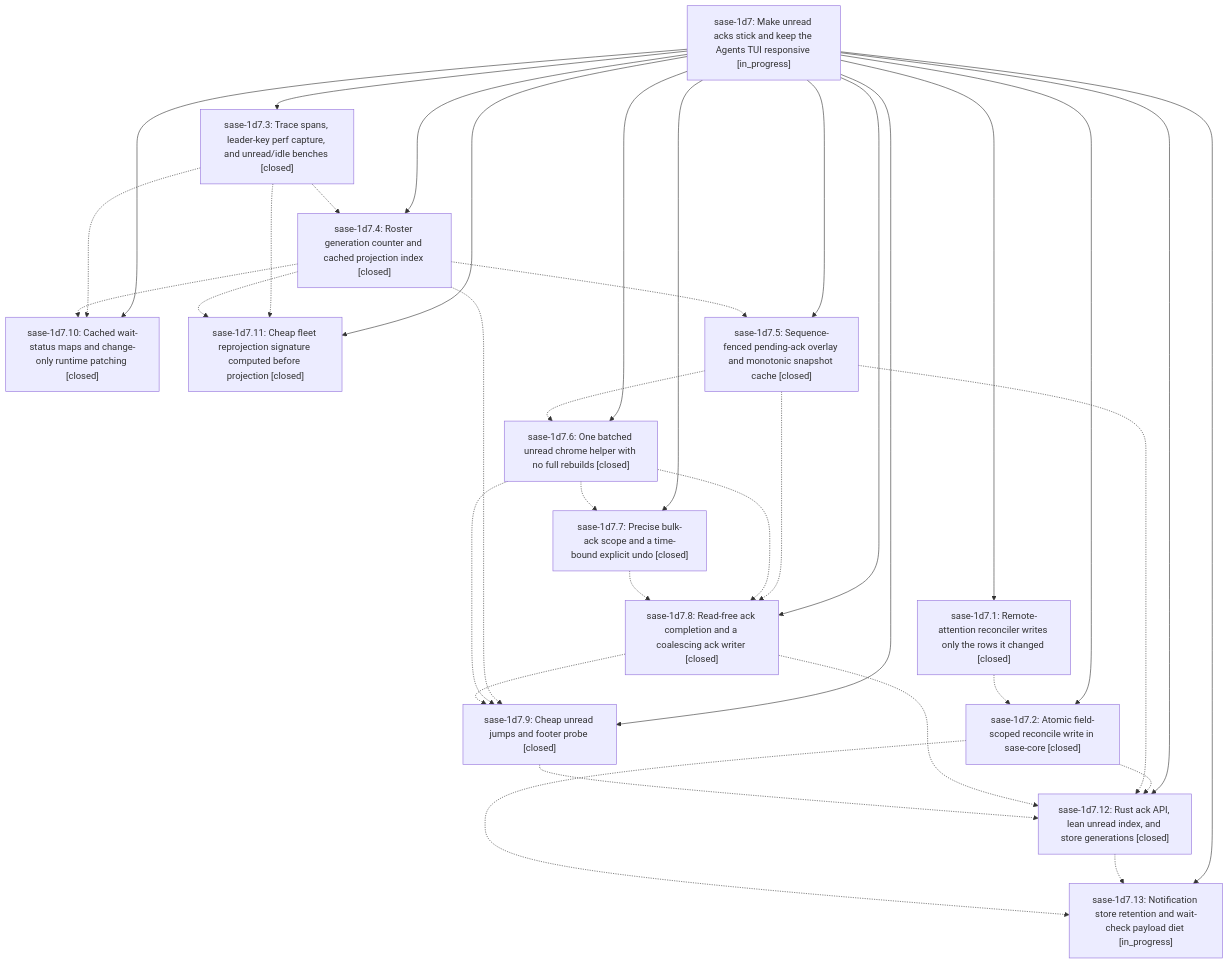
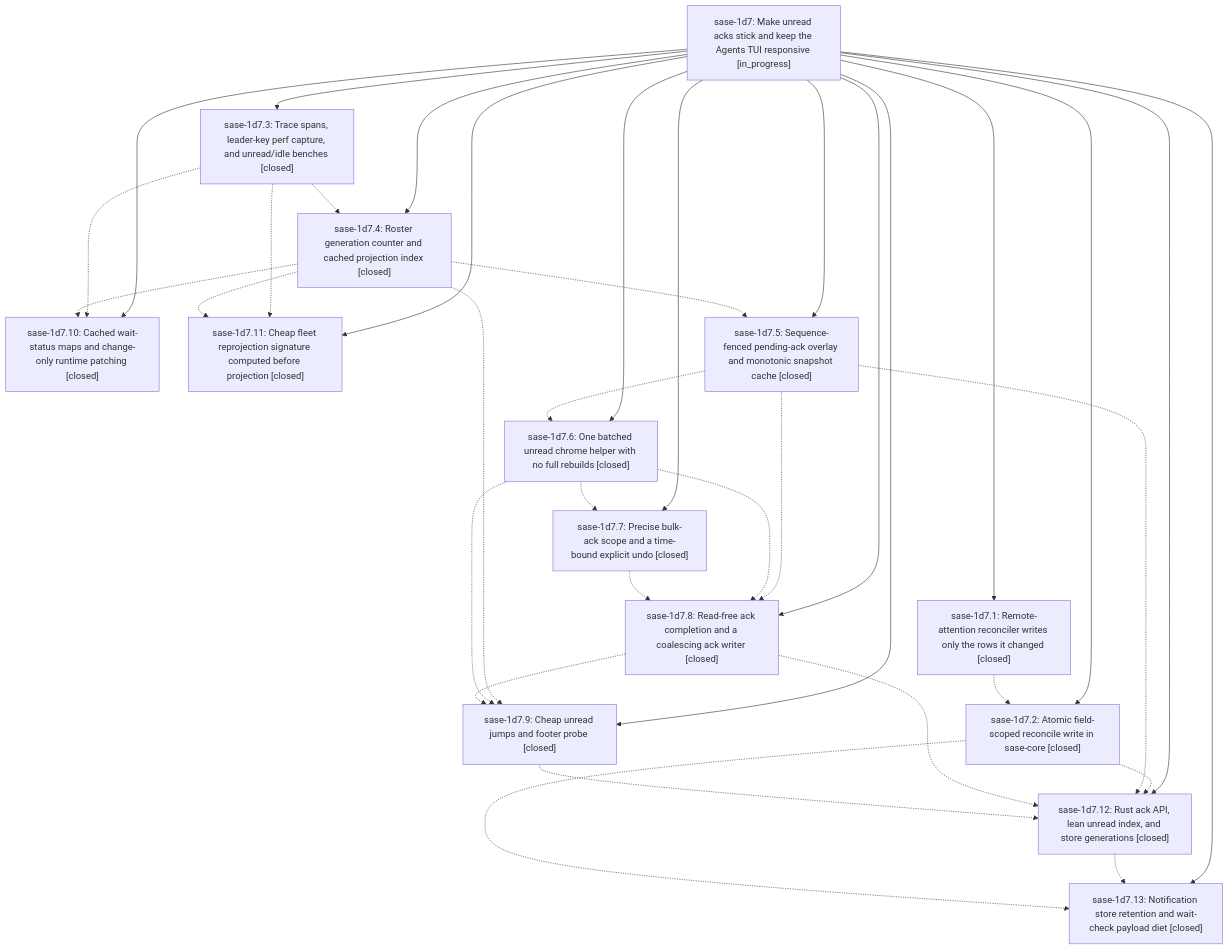
The diagram in pages/sase-1d7/README.md (sase-org/sase--beads), drawn with Mermaid before and after one commit. The commit also changed other lines of this file and 3 other files, not shown here.

````diff
--- a/pages/sase-1d7/README.md
+++ b/pages/sase-1d7/README.md
@@ -38,51 +38,51 @@
 ```mermaid
 flowchart TD
     n0["sase-1d7: Make unread acks stick and keep the Agents TUI responsive [in_progress]"]
     n1["sase-1d7.1: Remote-attention reconciler writes only the rows it changed [closed]"]
     n2["sase-1d7.10: Cached wait-status maps and change-only runtime patching [closed]"]
     n3["sase-1d7.11: Cheap fleet reprojection signature computed before projection [closed]"]
     n4["sase-1d7.12: Rust ack API, lean unread index, and store generations [closed]"]
-    n5["sase-1d7.13: Notification store retention and wait-check payload diet [in_progress]"]
+    n5["sase-1d7.13: Notification store retention and wait-check payload diet [closed]"]
     n6["sase-1d7.2: Atomic field-scoped reconcile write in sase-core [closed]"]
     n7["sase-1d7.3: Trace spans, leader-key perf capture, and unread/idle benches [closed]"]
     n8["sase-1d7.4: Roster generation counter and cached projection index [closed]"]
     n9["sase-1d7.5: Sequence-fenced pending-ack overlay and monotonic snapshot cache [closed]"]
     n10["sase-1d7.6: One batched unread chrome helper with no full rebuilds [closed]"]
     n11["sase-1d7.7: Precise bulk-ack scope and a time-bound explicit undo [closed]"]
     n12["sase-1d7.8: Read-free ack completion and a coalescing ack writer [closed]"]
     n13["sase-1d7.9: Cheap unread jumps and footer probe [closed]"]
     n0 --> n1
     n0 --> n2
     n0 --> n3
     n0 --> n4
     n0 --> n5
     n0 --> n6
     n0 --> n7
     n0 --> n8
     n0 --> n9
     n0 --> n10
     n0 --> n11
     n0 --> n12
     n0 --> n13
     n1 -.-> n6
     n4 -.-> n5
     n6 -.-> n4
     n6 -.-> n5
     n7 -.-> n2
     n7 -.-> n3
     n7 -.-> n8
     n8 -.-> n2
     n8 -.-> n3
     n8 -.-> n9
     n8 -.-> n13
     n9 -.-> n4
     n9 -.-> n10
     n9 -.-> n12
     n10 -.-> n11
     n10 -.-> n12
     n10 -.-> n13
     n11 -.-> n12
     n12 -.-> n4
     n12 -.-> n13
     n13 -.-> n4
 ```
````
